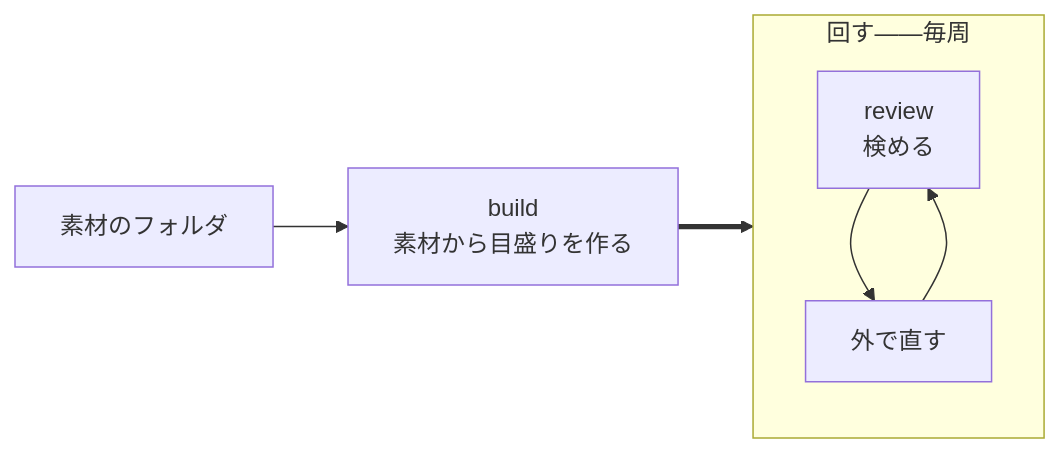
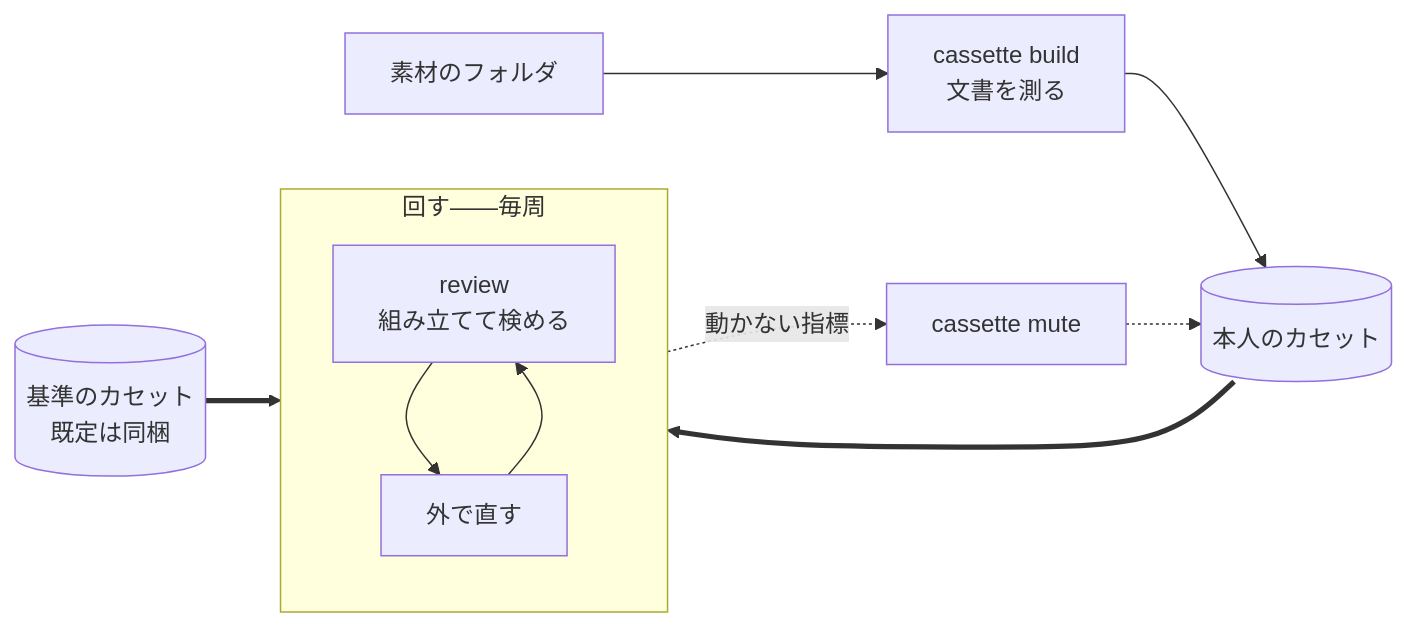
Before and after one commit to lambdalisue/kuchiyose: the diagram in docs/design/200-command.md, drawn with Mermaid. The commit also changed other lines of this file and 20 other files, not shown here.

````diff
--- a/docs/design/200-command.md
+++ b/docs/design/200-command.md
@@ -15,10 +15,15 @@
 ```mermaid
 flowchart LR
-  src["素材のフォルダ"] --> build["build<br/>素材から目盛りを作る"]
+  src["素材のフォルダ"] --> build["cassette build<br/>文書を測る"]
+  build --> kb[("本人のカセット")]
+  pool[("基準のカセット<br/>既定は同梱")]
   subgraph loop["回す——毎周"]
     direction TB
-    review["review<br/>検める"] --> fix["外で直す"]
+    review["review<br/>組み立てて検める"] --> fix["外で直す"]
     fix --> review
   end
-  build ==> review
+  kb ==> review
+  pool ==> review
+  review -. 動かない指標 .-> mute["cassette mute"]
+  mute -.-> kb
 ```
````
